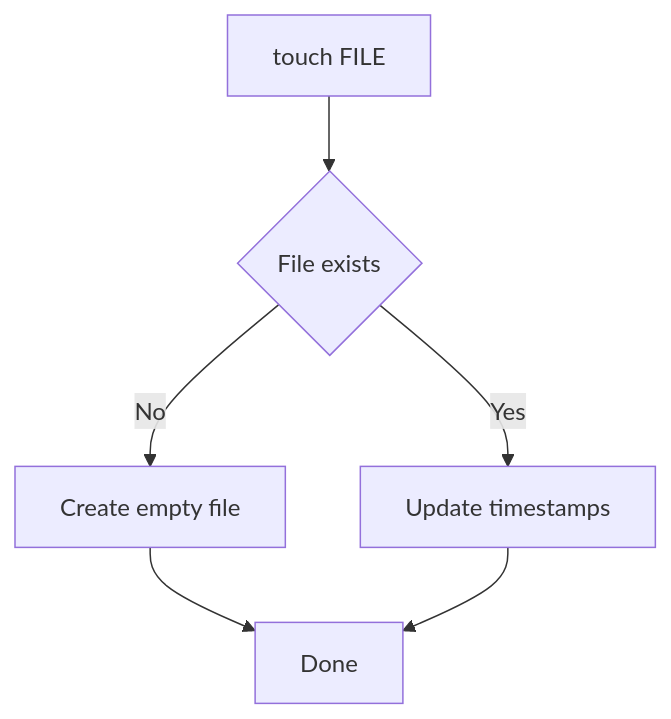
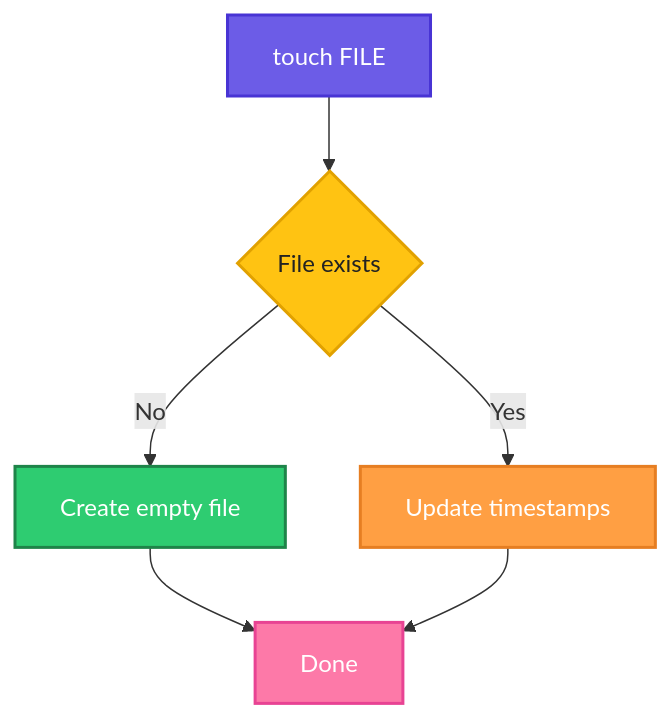
Before and after one commit to codeKerdosTech/DevOps-Documentation: the diagram in linux/file-management/touch.md, drawn with Mermaid. The commit also changed 16 other files, not shown here.

````diff
--- a/linux/file-management/touch.md
+++ b/linux/file-management/touch.md
@@ -14,8 +14,20 @@
 ```mermaid
 flowchart TD
     A[touch FILE] --> B{File exists}
     B -->|No| C[Create empty file]
     B -->|Yes| D[Update timestamps]
     C --> E[Done]
     D --> E
+    classDef start fill:#6C5CE7,stroke:#4834D4,stroke-width:2px,color:#fff
+    classDef proc fill:#00B8D9,stroke:#0087A8,stroke-width:2px,color:#fff
+    classDef dec fill:#FFC312,stroke:#E1A100,stroke-width:2px,color:#222
+    classDef ok fill:#2ECC71,stroke:#1E8449,stroke-width:2px,color:#fff
+    classDef err fill:#FF4757,stroke:#C0392B,stroke-width:2px,color:#fff
+    classDef out fill:#FD79A8,stroke:#E84393,stroke-width:2px,color:#fff
+    classDef alt fill:#FF9F43,stroke:#E67E22,stroke-width:2px,color:#fff
+    class A start
+    class B dec
+    class C ok
+    class D alt
+    class E out
 ```
````
